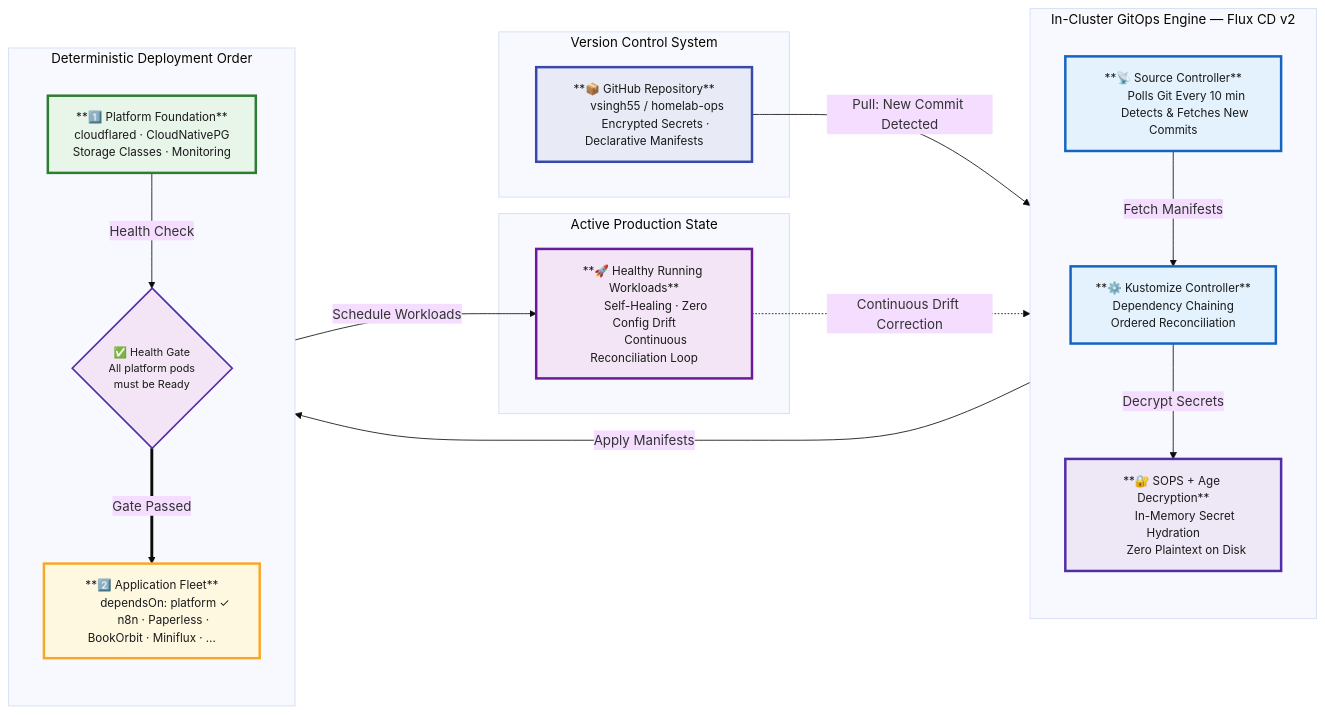
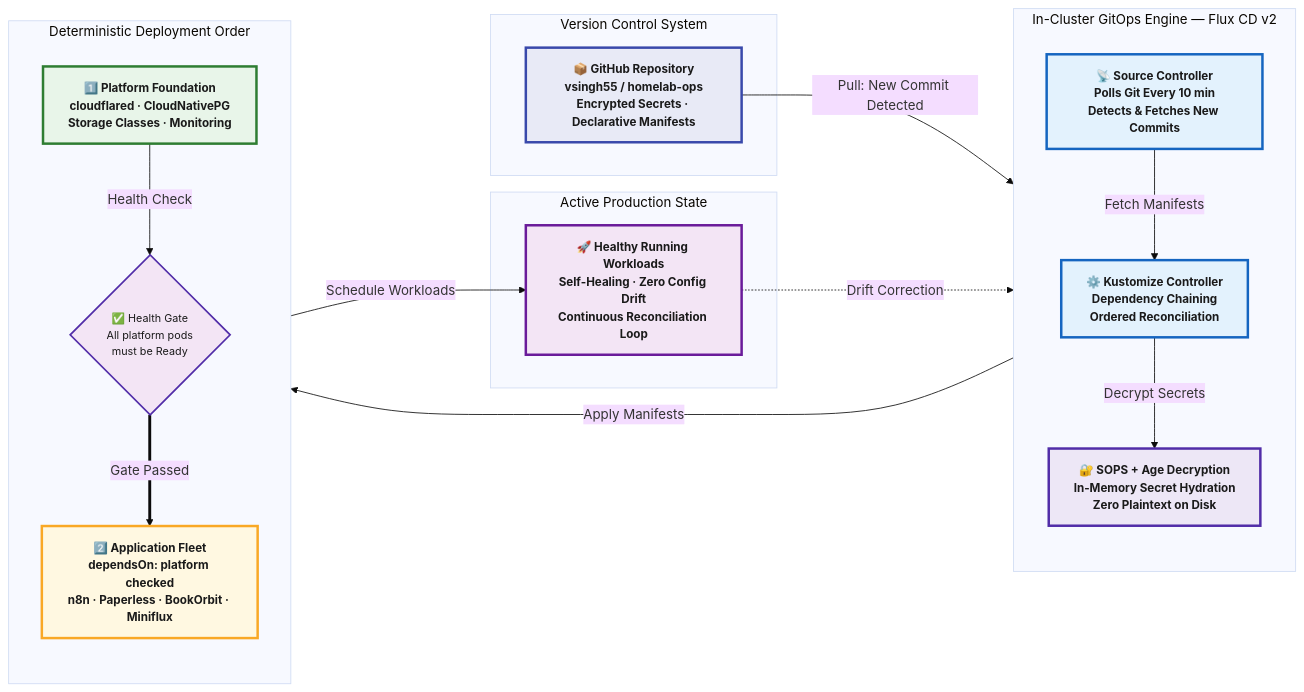
The third of 4 diagrams in README.md (vsingh55/homelab-ops), drawn with Mermaid before and after one commit. The commit also changed other lines of this file, not shown here.

Commit message:
fix: remove **bold** markdown (not supported in GitHub Mermaid) and fix Diagram 1 layout from TB to LR

````diff
--- a/README.md
+++ b/README.md
@@ -221,78 +218,72 @@
 ```mermaid
-%%{init: {'theme': 'base', 'themeVariables': {'fontSize': '16px', 'fontFamily': 'Inter, Segoe UI, sans-serif'}, 'flowchart': {'curve': 'basis', 'nodeSpacing': 65, 'rankSpacing': 90}}}%%
+%%{init: {'theme': 'base', 'themeVariables': {'fontSize': '16px', 'fontFamily': 'Inter, Segoe UI, sans-serif'}, 'flowchart': {'curve': 'basis', 'nodeSpacing': 60, 'rankSpacing': 85}}}%%
 flowchart LR
 
-    %% ── GLOBAL COLOUR SYSTEM (mirrors Diagram 1 & 2) ────────────
-    %% VCS / source       → indigo-blue
-    %% GitOps controllers → blue
-    %% SOPS / crypto      → purple  ← distinct security signal
-    %% platform stage     → green
-    %% apps stage         → amber-yellow
-    %% live state         → purple-infra (same as on-prem)
-    classDef vcsStyle      fill:#E8EAF6,stroke:#3949AB,stroke-width:3px,color:#1A1A1A,font-size:14px;
-    classDef controlStyle  fill:#E3F2FD,stroke:#1565C0,stroke-width:3px,color:#1A1A1A,font-size:14px;
-    classDef secretStyle   fill:#EDE7F6,stroke:#512DA8,stroke-width:3px,color:#1A1A1A,font-size:14px;
+    %% ── GLOBAL COLOUR SYSTEM ─────────────────────────────────────
+    classDef vcsStyle      fill:#E8EAF6,stroke:#3949AB,stroke-width:3px,color:#1A1A1A,font-size:14px,font-weight:bold;
+    classDef controlStyle  fill:#E3F2FD,stroke:#1565C0,stroke-width:3px,color:#1A1A1A,font-size:14px,font-weight:bold;
+    classDef secretStyle   fill:#EDE7F6,stroke:#512DA8,stroke-width:3px,color:#1A1A1A,font-size:14px,font-weight:bold;
     classDef gateStyle     fill:#F3E5F5,stroke:#512DA8,stroke-width:2px,color:#1A1A1A,font-size:13px;
-    classDef platformStyle fill:#E8F5E9,stroke:#2E7D32,stroke-width:3px,color:#1A1A1A,font-size:14px;
-    classDef appsStyle     fill:#FFF8E1,stroke:#F9A825,stroke-width:3px,color:#1A1A1A,font-size:14px;
-    classDef liveStyle     fill:#F3E5F5,stroke:#6A1B9A,stroke-width:3px,color:#1A1A1A,font-size:14px;
+    classDef platformStyle fill:#E8F5E9,stroke:#2E7D32,stroke-width:3px,color:#1A1A1A,font-size:14px,font-weight:bold;
+    classDef appsStyle     fill:#FFF8E1,stroke:#F9A825,stroke-width:3px,color:#1A1A1A,font-size:14px,font-weight:bold;
+    classDef liveStyle     fill:#F3E5F5,stroke:#6A1B9A,stroke-width:3px,color:#1A1A1A,font-size:14px,font-weight:bold;
 
     %% ── SOURCE OF TRUTH ──────────────────────────────────────────
     subgraph VCS["Version Control System"]
-        GitRepo["**📦 GitHub Repository**
-        vsingh55 / homelab-ops
-        Encrypted Secrets · Declarative Manifests"]
+        GitRepo["📦 GitHub Repository
+vsingh55 / homelab-ops
+Encrypted Secrets · Declarative Manifests"]
     end
     class GitRepo vcsStyle;
 
     %% ── IN-CLUSTER GITOPS ENGINE ─────────────────────────────────
     subgraph ClusterGitOps["In-Cluster GitOps Engine — Flux CD v2"]
         direction TB
-        SourceCtrl["**📡 Source Controller**
-        Polls Git Every 10 min
-        Detects & Fetches New Commits"]
-        KustCtrl["**⚙️ Kustomize Controller**
-        Dependency Chaining
-        Ordered Reconciliation"]
-        SOPS["**🔐 SOPS + Age Decryption**
-        In-Memory Secret Hydration
-        Zero Plaintext on Disk"]
+        SourceCtrl["📡 Source Controller
+Polls Git Every 10 min
+Detects & Fetches New Commits"]
+        KustCtrl["⚙️ Kustomize Controller
+Dependency Chaining
+Ordered Reconciliation"]
+        SOPS["🔐 SOPS + Age Decryption
+In-Memory Secret Hydration
+Zero Plaintext on Disk"]
     end
     class SourceCtrl,KustCtrl controlStyle;
     class SOPS secretStyle;
 
     %% ── DEPLOYMENT STAGES ────────────────────────────────────────
     subgraph DeploymentStages["Deterministic Deployment Order"]
         direction TB
-        StagePlatform["**1️⃣ Platform Foundation**
-        cloudflared · CloudNativePG
-        Storage Classes · Monitoring"]
+        StagePlatform["1️⃣ Platform Foundation
+cloudflared · CloudNativePG
+Storage Classes · Monitoring"]
         HealthGate{"✅ Health Gate
-        All platform pods
-        must be Ready"}
-        StageApps["**2️⃣ Application Fleet**
-        dependsOn: platform ✓
-        n8n · Paperless · BookOrbit · Miniflux · …"]
+All platform pods
+must be Ready"}
+        StageApps["2️⃣ Application Fleet
+dependsOn: platform checked
+n8n · Paperless · BookOrbit · Miniflux"]
     end
     class StagePlatform platformStyle;
     class HealthGate gateStyle;
     class StageApps appsStyle;
 
     %% ── LIVE CLUSTER STATE ───────────────────────────────────────
     subgraph ClusterState["Active Production State"]
-        LivePods["**🚀 Healthy Running Workloads**
-        Self-Healing · Zero Config Drift
-        Continuous Reconciliation Loop"]
+        LivePods["🚀 Healthy Running Workloads
+Self-Healing · Zero Config Drift
+Continuous Reconciliation Loop"]
     end
     class LivePods liveStyle;
 
     %% ── PIPELINE FLOW ────────────────────────────────────────────
-    GitRepo       -- "Pull: New Commit Detected"   --> SourceCtrl
-    SourceCtrl    -- "Fetch Manifests"             --> KustCtrl
-    KustCtrl      -- "Decrypt Secrets"             --> SOPS
-    SOPS          -- "Apply Manifests"             --> StagePlatform
-    StagePlatform -- "Health Check"                --> HealthGate
-    HealthGate    == "Gate Passed"                 ==> StageApps
-    StageApps     -- "Schedule Workloads"          --> LivePods
-    LivePods      -. "Continuous Drift Correction" .-> KustCtrl
+    GitRepo       -- "Pull: New Commit Detected" --> SourceCtrl
+    SourceCtrl    -- "Fetch Manifests"           --> KustCtrl
+    KustCtrl      -- "Decrypt Secrets"           --> SOPS
+    SOPS          -- "Apply Manifests"           --> StagePlatform
+    StagePlatform -- "Health Check"              --> HealthGate
+    HealthGate    == "Gate Passed"               ==> StageApps
+    StageApps     -- "Schedule Workloads"        --> LivePods
+    LivePods      -. "Drift Correction"          .-> KustCtrl
 ```
````
